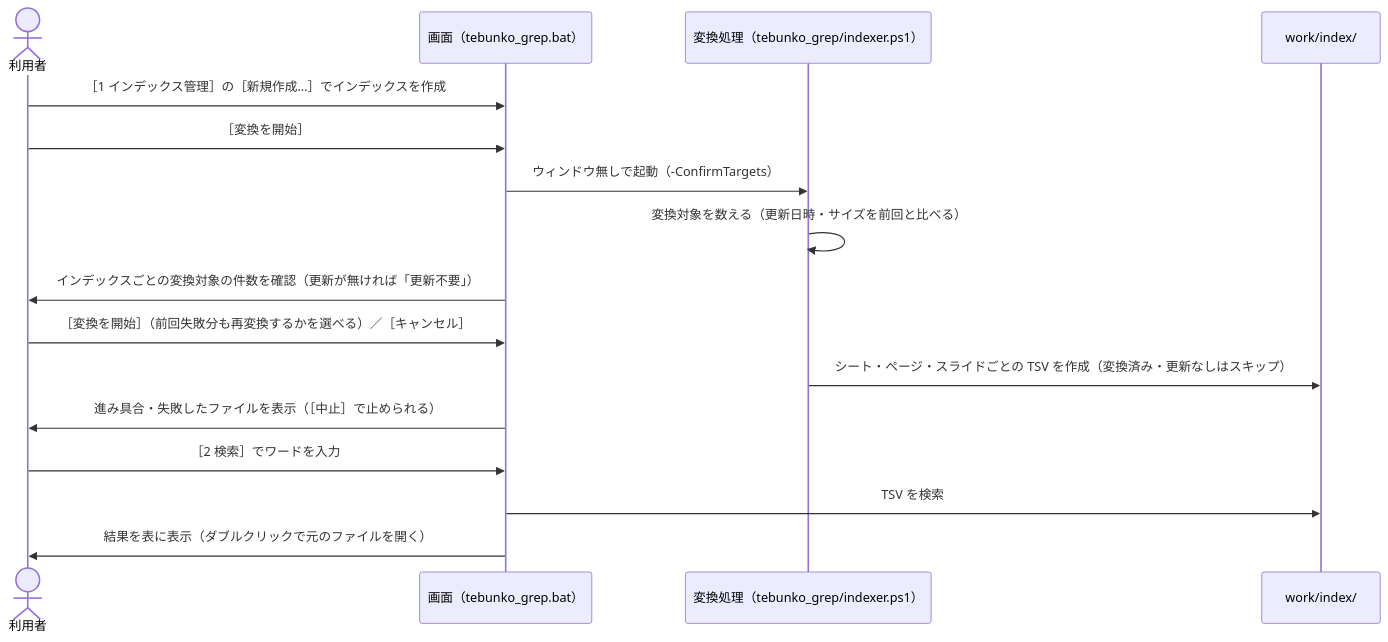
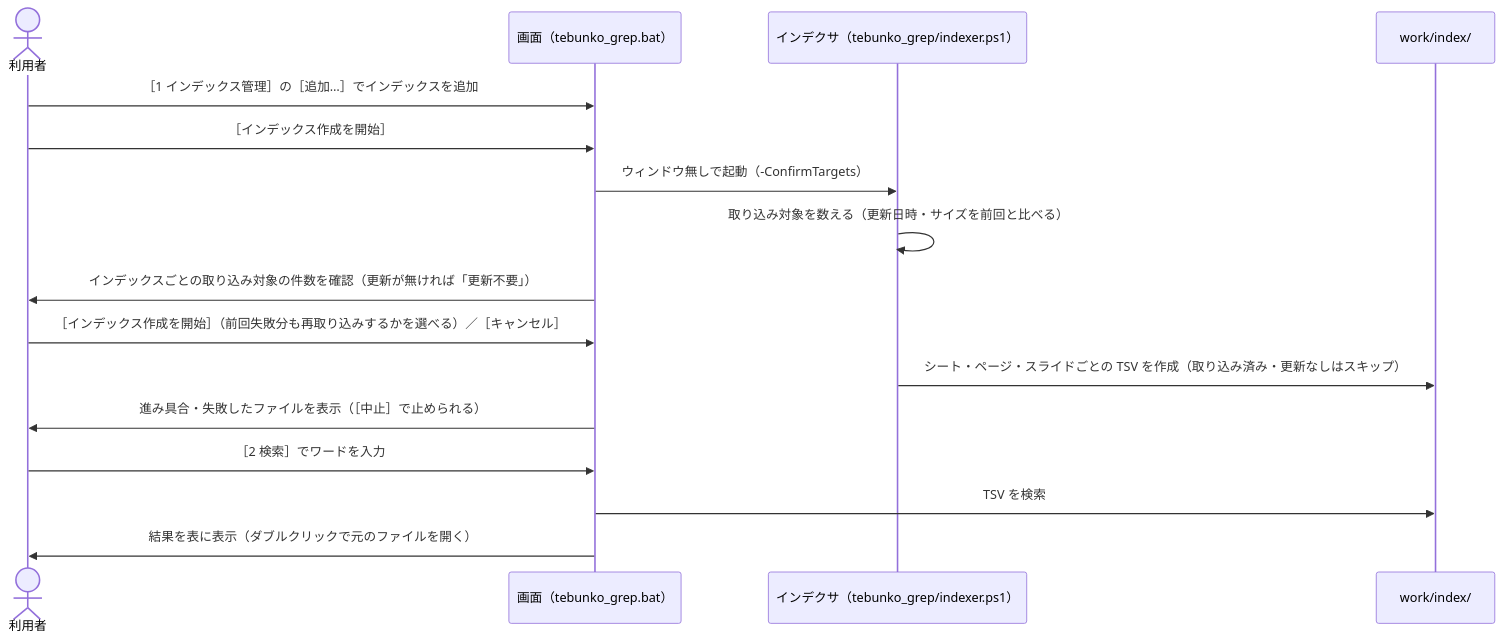
Before and after one commit to hsgwa/tebunko: the second of 2 diagrams in docs/00_index.md, drawn with Mermaid. The commit also changed other lines of this file and 34 other files, not shown here.

````diff
--- a/docs/00_index.md
+++ b/docs/00_index.md
@@ -147,19 +161,19 @@
 ```mermaid
 sequenceDiagram
     actor U as 利用者
     participant G as 画面（tebunko_grep.bat）
-    participant CV as 変換処理（tebunko_grep/indexer.ps1）
+    participant CV as インデクサ（tebunko_grep/indexer.ps1）
     participant W as work/index/
 
-    U->>G: ［1 インデックス管理］の［新規作成…］でインデックスを作成
-    U->>G: ［変換を開始］
+    U->>G: ［1 インデックス管理］の［追加…］でインデックスを追加
+    U->>G: ［インデックス作成を開始］
     G->>CV: ウィンドウ無しで起動（-ConfirmTargets）
-    CV->>CV: 変換対象を数える（更新日時・サイズを前回と比べる）
-    G->>U: インデックスごとの変換対象の件数を確認（更新が無ければ「更新不要」）
-    U->>G: ［変換を開始］（前回失敗分も再変換するかを選べる）／［キャンセル］
-    CV->>W: シート・ページ・スライドごとの TSV を作成（変換済み・更新なしはスキップ）
+    CV->>CV: 取り込み対象を数える（更新日時・サイズを前回と比べる）
+    G->>U: インデックスごとの取り込み対象の件数を確認（更新が無ければ「更新不要」）
+    U->>G: ［インデックス作成を開始］（前回失敗分も再取り込みするかを選べる）／［キャンセル］
+    CV->>W: シート・ページ・スライドごとの TSV を作成（取り込み済み・更新なしはスキップ）
     G->>U: 進み具合・失敗したファイルを表示（［中止］で止められる）
     U->>G: ［2 検索］でワードを入力
     G->>W: TSV を検索
     G->>U: 結果を表に表示（ダブルクリックで元のファイルを開く）
 ```
````
